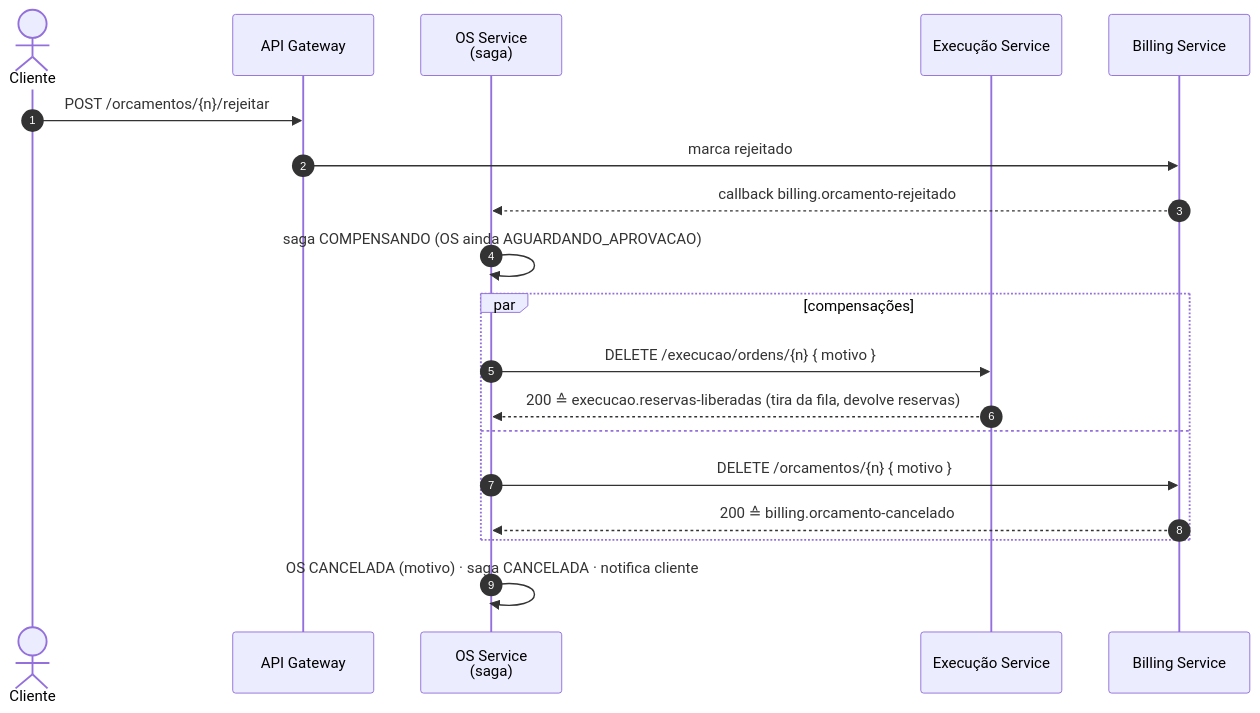
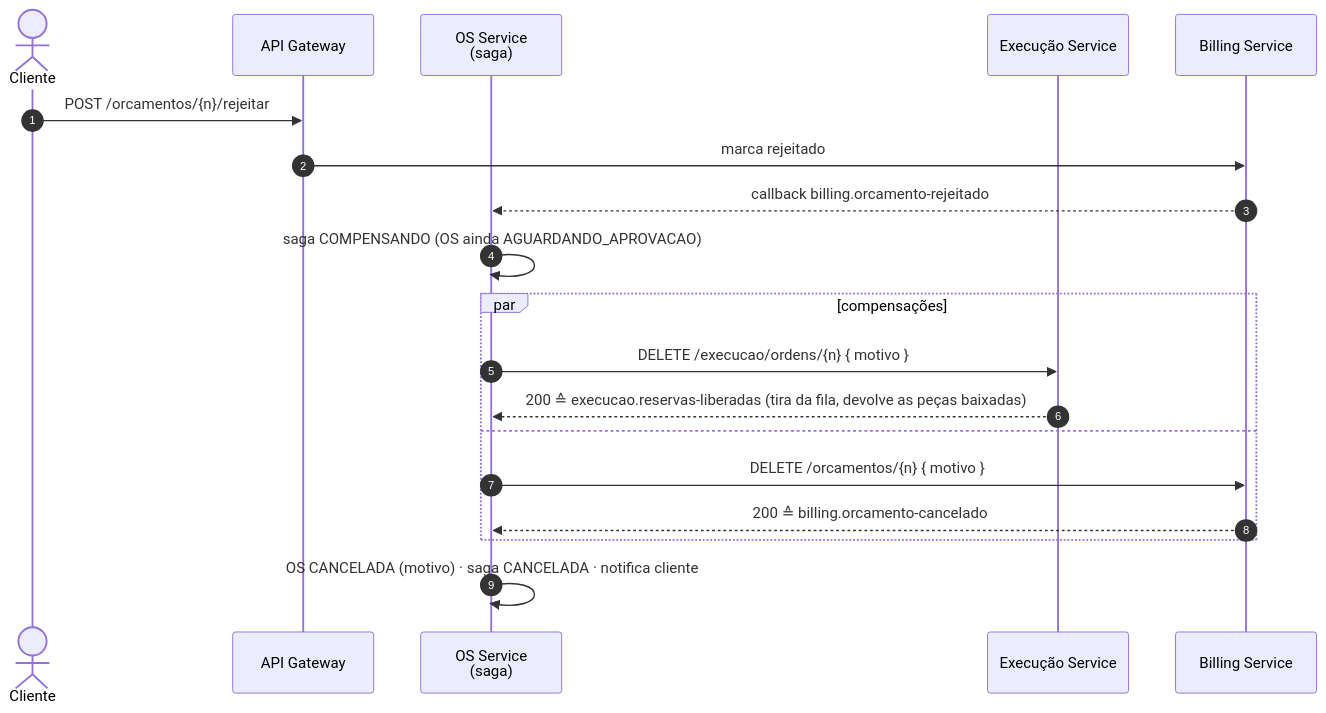
The sixth of 8 diagrams in docs/arquitetura/arquitetura-fase4.md (guilhermeqmaia/soat-fiap-oficina-os-service), drawn with Mermaid before and after one commit. The commit also changed other lines of this file and 12 other files, not shown here.

````diff
--- a/docs/arquitetura/arquitetura-fase4.md
+++ b/docs/arquitetura/arquitetura-fase4.md
@@ -305,22 +305,22 @@
 ```mermaid
 sequenceDiagram
     autonumber
     actor CL as Cliente
     participant GW as API Gateway
     participant OS as OS Service<br/>(saga)
     participant EX as Execução Service
     participant BI as Billing Service
 
     CL->>GW: POST /orcamentos/{n}/rejeitar
     GW->>BI: marca rejeitado
     BI-->>OS: callback billing.orcamento-rejeitado
     OS->>OS: saga COMPENSANDO (OS ainda AGUARDANDO_APROVACAO)
     par compensações
         OS->>EX: DELETE /execucao/ordens/{n} { motivo }
-        EX-->>OS: 200 ≙ execucao.reservas-liberadas (tira da fila, devolve reservas)
+        EX-->>OS: 200 ≙ execucao.reservas-liberadas (tira da fila, devolve as peças baixadas)
     and
         OS->>BI: DELETE /orcamentos/{n} { motivo }
         BI-->>OS: 200 ≙ billing.orcamento-cancelado
     end
     OS->>OS: OS CANCELADA (motivo) · saga CANCELADA · notifica cliente
 ```
````
